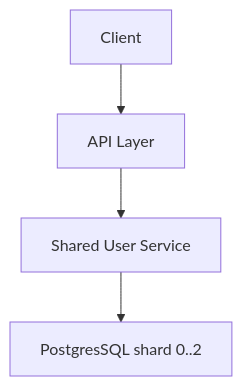
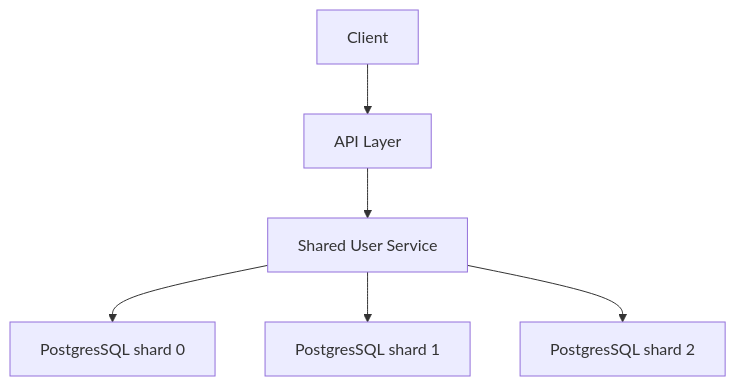
The diagram in README.md (Nehonar/sharding-test-golang), drawn with Mermaid before and after one commit.

Commit message:
Actualizar diagrama en la sección de arquitectura para detallar la interacción con los shards de PostgreSQL.

````diff
--- a/README.md
+++ b/README.md
@@ -175,6 +175,8 @@
 ```mermaid
 graph TD
     A[Client] --> B[API Layer]
     B --> C[Shared User Service]
-    C --> D[PostgresSQL shard 0..2]
+    C --> D[PostgresSQL shard 0]
+    C --> E[PostgresSQL shard 1]
+    C --> F[PostgresSQL shard 2]
 ```
````
